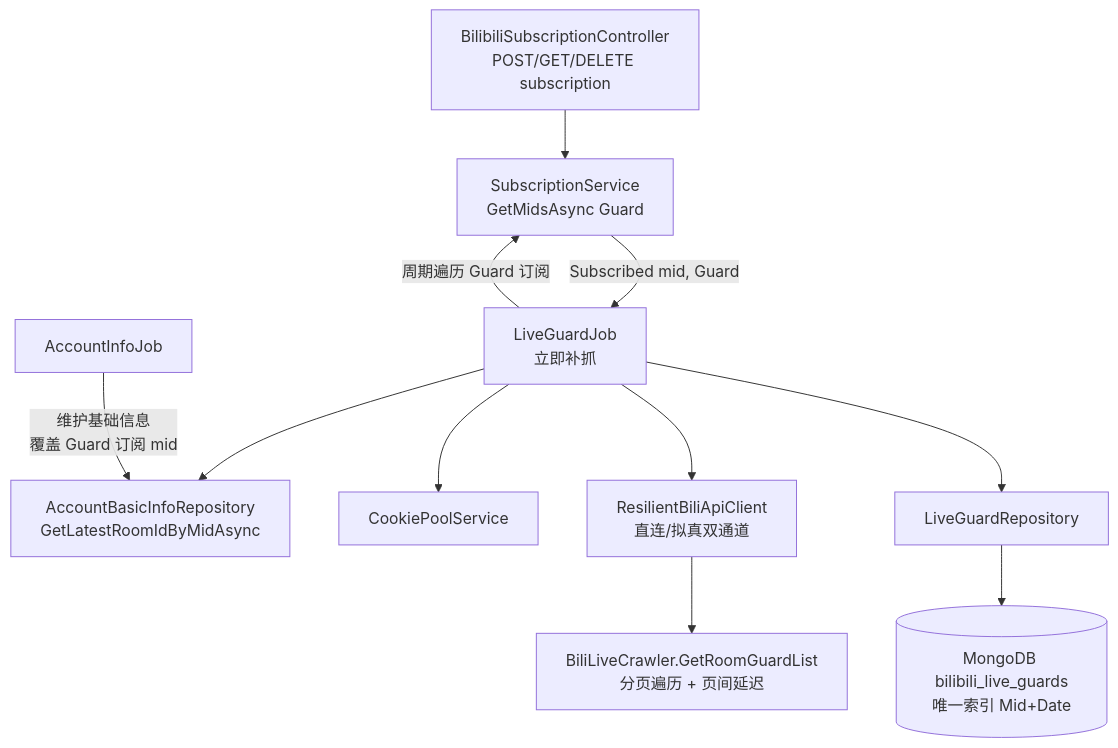
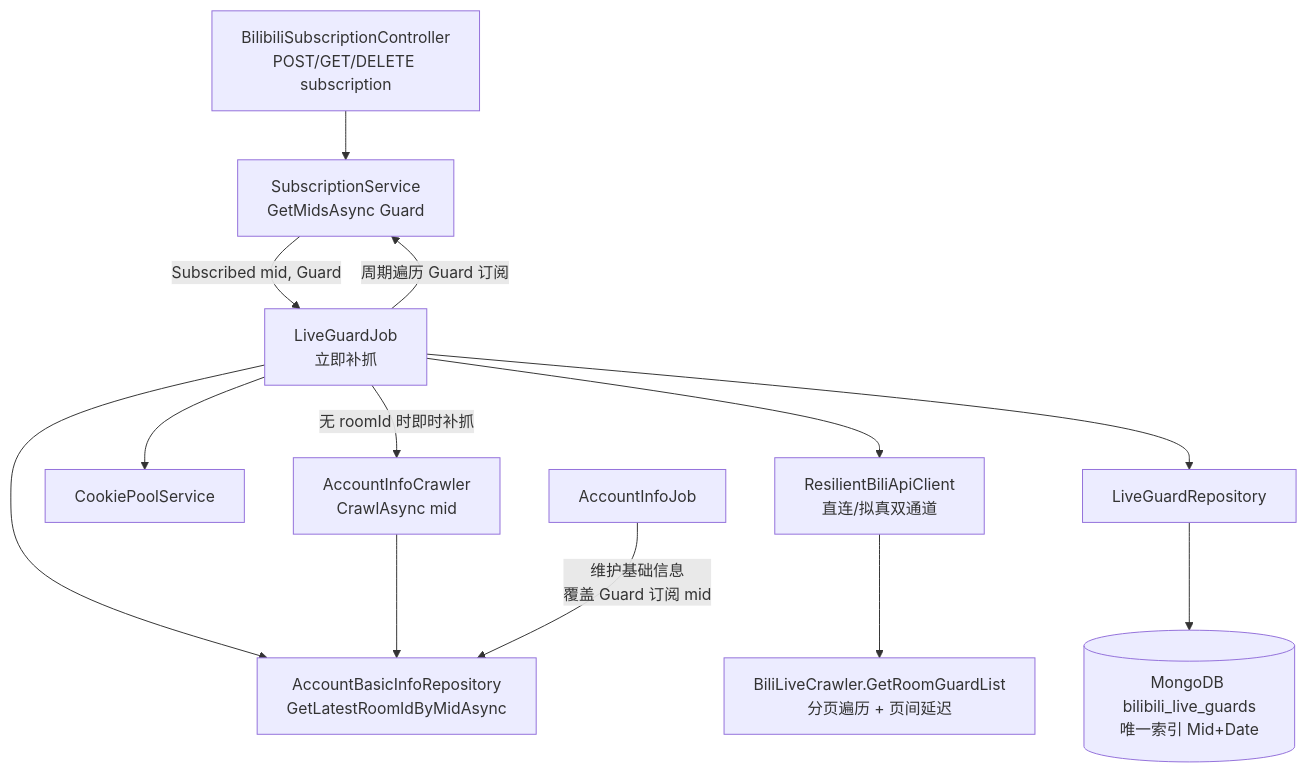
The first of 3 diagrams in docs/engineering/proposals/20260831-proposal-live-guard-crawl.md (Deliay/z-vtuber), drawn with Mermaid before and after one commit. The commit also changed other lines of this file and 1 other file, not shown here.

Commit message:
docs: crawl basic info on demand when roomId missing for guard crawl

````diff
--- a/docs/engineering/proposals/20260831-proposal-live-guard-crawl.md
+++ b/docs/engineering/proposals/20260831-proposal-live-guard-crawl.md
@@ -45,13 +45,15 @@
 ```mermaid
 graph TD
     API[BilibiliSubscriptionController<br/>POST/GET/DELETE subscription] --> SVC[SubscriptionService<br/>GetMidsAsync Guard]
     SVC -- Subscribed mid, Guard --> JOB[LiveGuardJob<br/>立即补抓]
     JOB -- 周期遍历 Guard 订阅 --> SVC
     JOB --> BASIC[AccountBasicInfoRepository<br/>GetLatestRoomIdByMidAsync]
+    JOB -- 无 roomId 时即时补抓 --> CRAWL[AccountInfoCrawler<br/>CrawlAsync mid]
+    CRAWL --> BASIC
     JOB --> COOKIE[CookiePoolService]
     JOB --> CLIENT[ResilientBiliApiClient<br/>直连/拟真双通道]
     CLIENT --> BILI[BiliLiveCrawler.GetRoomGuardList<br/>分页遍历 + 页间延迟]
     JOB --> REPO[LiveGuardRepository]
     REPO --> MONGO[(MongoDB bilibili_live_guards<br/>唯一索引 Mid+Date)]
     INFO[AccountInfoJob] -- 维护基础信息<br/>覆盖 Guard 订阅 mid --> BASIC
 ```
````
